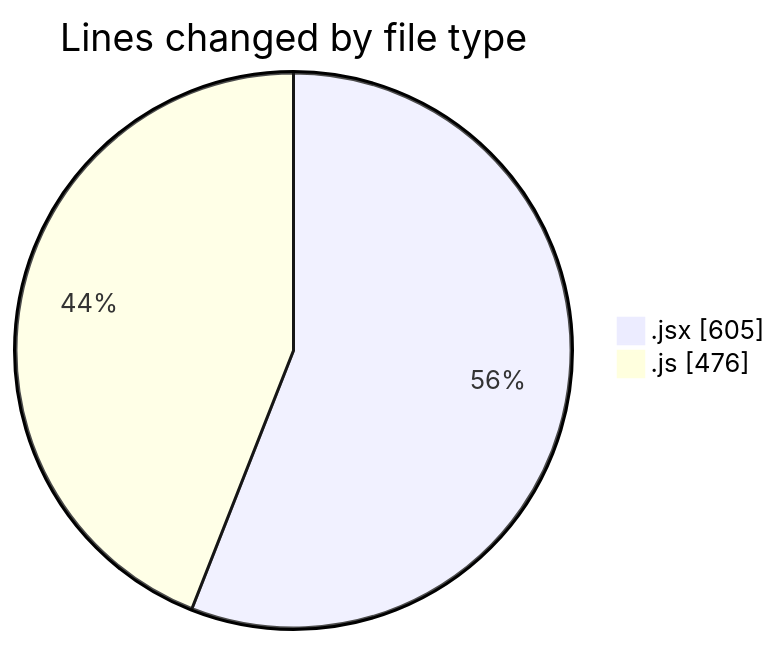
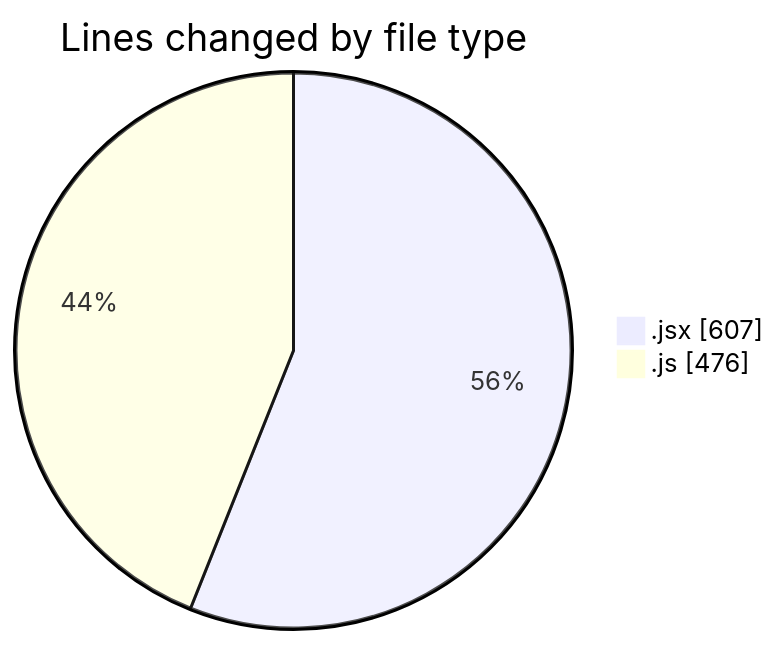
The first of 2 diagrams in 2025-11-14/argos/README.md (nxtqubesakshisongat/code-tracking), drawn with Mermaid before and after one commit. The commit also changed other lines of this file and 1 other file, not shown here.

````diff
--- a/2025-11-14/argos/README.md
+++ b/2025-11-14/argos/README.md
@@ -23,6 +23,6 @@
 ```mermaid
 pie showData
 title Lines changed by file type
-".jsx" : 605
+".jsx" : 607
 ".js" : 476
 ```
````
